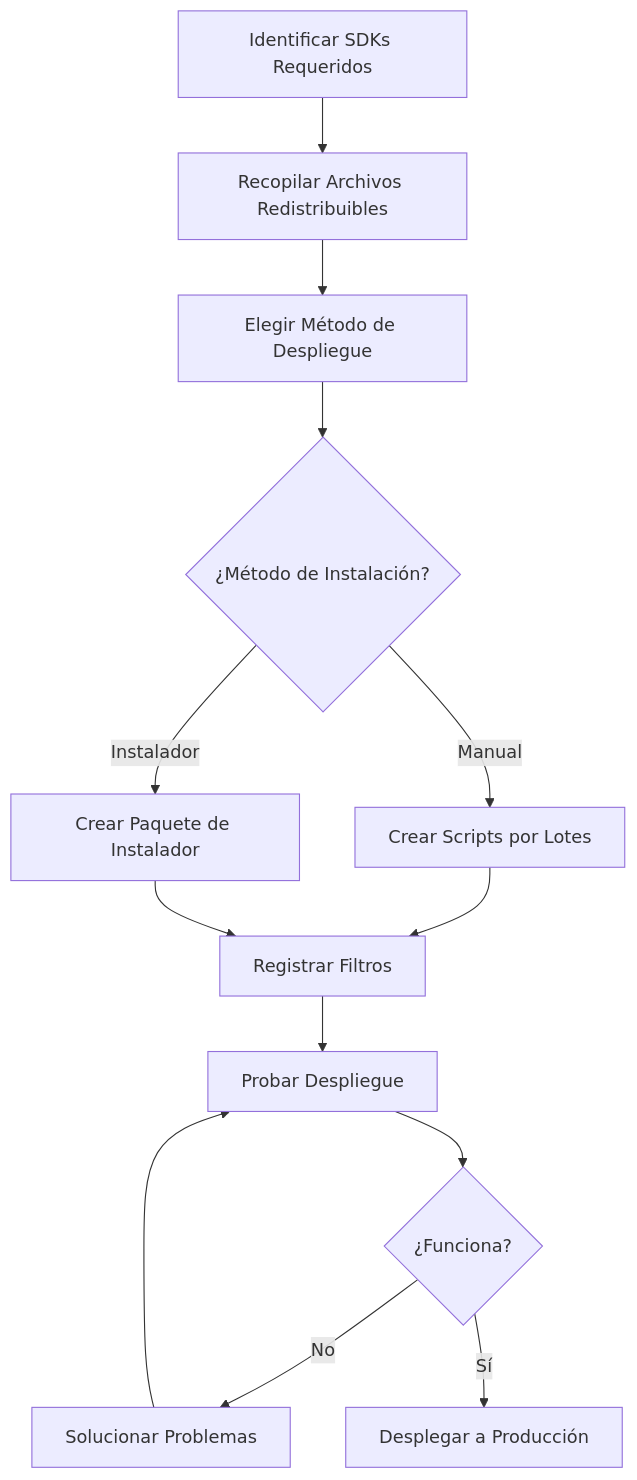
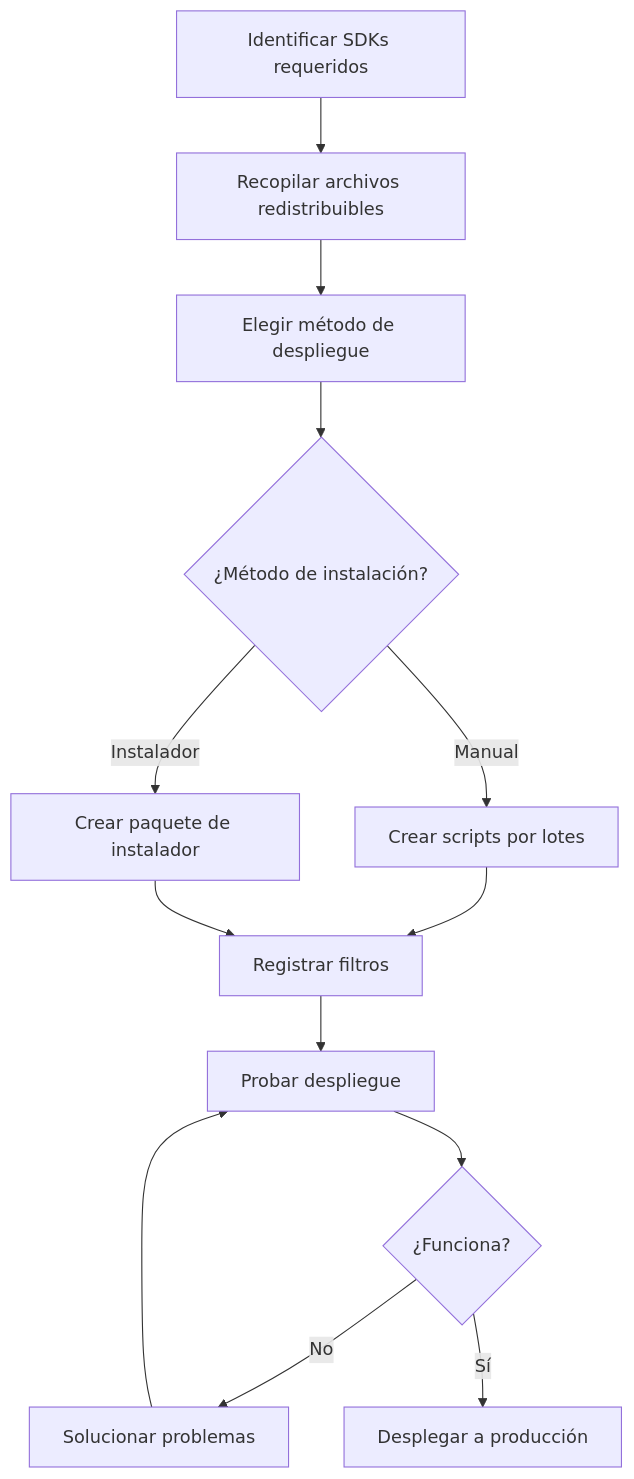
Before and after one commit to visioforge/help: the diagram in directshow/deployment/index.es.md, drawn with Mermaid. The commit also changed other lines of this file and 1086 other files, not shown here.

````diff
--- a/directshow/deployment/index.es.md
+++ b/directshow/deployment/index.es.md
@@ -83,15 +83,15 @@
 ```mermaid
 graph TD
-    A[Identificar SDKs Requeridos] --> B[Recopilar Archivos Redistribuibles]
-    B --> C[Elegir Método de Despliegue]
-    C --> D{¿Método de Instalación?}
-    D -->|Manual| E[Crear Scripts por Lotes]
-    D -->|Instalador| F[Crear Paquete de Instalador]
-    E --> G[Registrar Filtros]
+    A[Identificar SDKs requeridos] --> B[Recopilar archivos redistribuibles]
+    B --> C[Elegir método de despliegue]
+    C --> D{¿Método de instalación?}
+    D -->|Manual| E[Crear scripts por lotes]
+    D -->|Instalador| F[Crear paquete de instalador]
+    E --> G[Registrar filtros]
     F --> G
-    G --> H[Probar Despliegue]
+    G --> H[Probar despliegue]
     H --> I{¿Funciona?}
-    I -->|No| J[Solucionar Problemas]
-    I -->|Sí| K[Desplegar a Producción]
+    I -->|No| J[Solucionar problemas]
+    I -->|Sí| K[Desplegar a producción]
     J --> H
 ```
````
